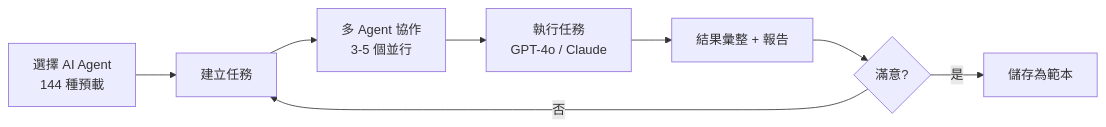
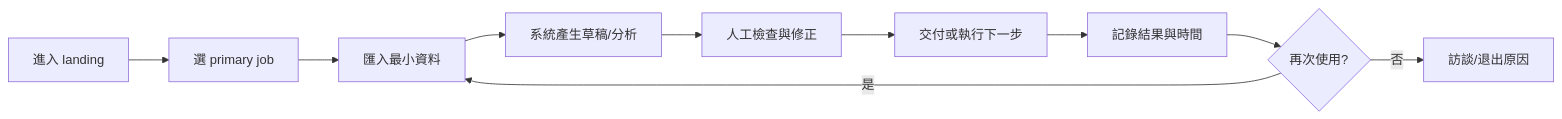
Before and after one commit to openclawsean024-create/ai-employee-outsourcing: the first of 3 diagrams in PRD/SPEC.md, drawn with Mermaid. The commit also changed other lines of this file, not shown here.

````diff
--- a/PRD/SPEC.md
+++ b/PRD/SPEC.md
@@ -70,10 +61,12 @@
 ```mermaid
-graph LR
-    A[選擇 AI Agent<br/>144 種預載] --> B[建立任務]
-    B --> C[多 Agent 協作<br/>3-5 個並行]
-    C --> D[執行任務<br/>GPT-4o / Claude]
-    D --> E[結果彙整 + 報告]
-    E --> F{滿意?}
-    F -->|是| G[儲存為範本]
-    F -->|否| B
+flowchart LR
+  A[進入 landing] --> B[選 primary job]
+  B --> C[匯入最小資料]
+  C --> D[系統產生草稿/分析]
+  D --> E[人工檢查與修正]
+  E --> F[交付或執行下一步]
+  F --> G[記錄結果與時間]
+  G --> H{再次使用?}
+  H -->|是| C
+  H -->|否| I[訪談/退出原因]
 ```
````
